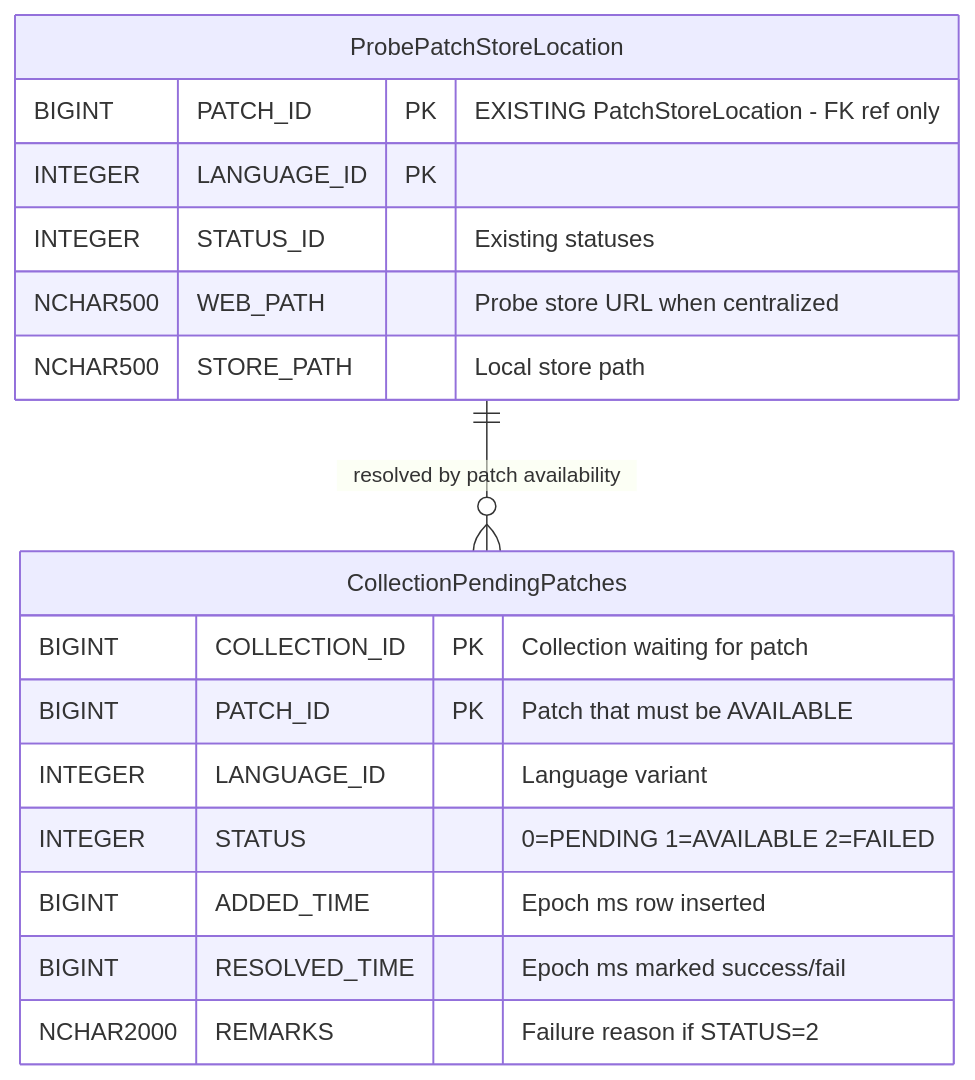
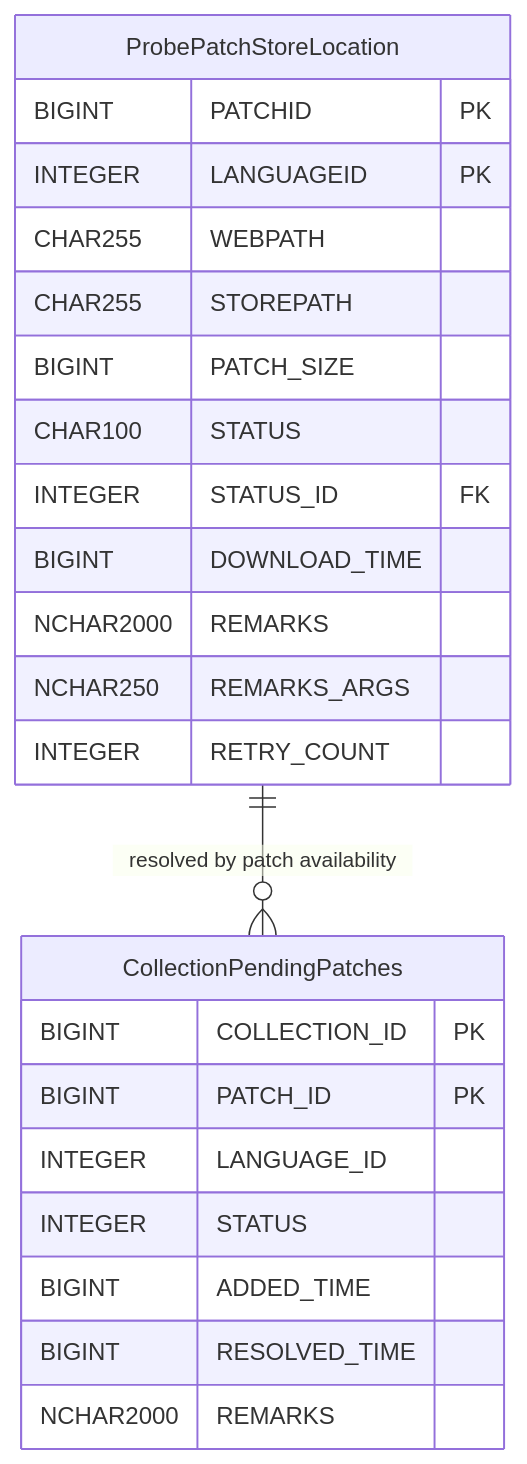
The second of 2 diagrams in low-level-design-v2.md (ranjithkumar-a-23525/RebaseEx), drawn with Mermaid before and after one commit. The commit also changed other lines of this file, not shown here.

````diff
--- a/low-level-design-v2.md
+++ b/low-level-design-v2.md
@@ -978,30 +974,36 @@
 ```mermaid
 erDiagram
     %% ── NEW TABLE ──────────────────────────────────────────
 
     CollectionPendingPatches {
-        BIGINT COLLECTION_ID PK "Collection waiting for patch"
-        BIGINT PATCH_ID PK "Patch that must be AVAILABLE"
-        INTEGER LANGUAGE_ID "Language variant"
-        INTEGER STATUS "0=PENDING 1=AVAILABLE 2=FAILED"
-        BIGINT ADDED_TIME "Epoch ms row inserted"
-        BIGINT RESOLVED_TIME "Epoch ms marked success/fail"
-        NCHAR2000 REMARKS "Failure reason if STATUS=2"
+        BIGINT COLLECTION_ID PK
+        BIGINT PATCH_ID PK
+        INTEGER LANGUAGE_ID
+        INTEGER STATUS
+        BIGINT ADDED_TIME
+        BIGINT RESOLVED_TIME
+        NCHAR2000 REMARKS
     }
 
     %% ── EXISTING TABLE (shown for FK reference only) ───────
     %% Actual table name on Probe is PatchStoreLocation
     %% Renamed here to avoid visual clash with SS-side table
 
     ProbePatchStoreLocation {
-        BIGINT PATCH_ID PK "EXISTING PatchStoreLocation - FK ref only"
-        INTEGER LANGUAGE_ID PK
-        INTEGER STATUS_ID "Existing statuses"
-        NCHAR500 WEB_PATH "Probe store URL when centralized"
-        NCHAR500 STORE_PATH "Local store path"
+        BIGINT PATCHID PK
+        INTEGER LANGUAGEID PK
+        CHAR255 WEBPATH
+        CHAR255 STOREPATH
+        BIGINT PATCH_SIZE
+        CHAR100 STATUS
+        INTEGER STATUS_ID FK
+        BIGINT DOWNLOAD_TIME
+        NCHAR2000 REMARKS
+        NCHAR250 REMARKS_ARGS
+        INTEGER RETRY_COUNT
     }
 
     %% ── RELATIONSHIPS ──────────────────────────────────────
 
     ProbePatchStoreLocation ||--o{ CollectionPendingPatches : "resolved by patch availability"
 ```
````
